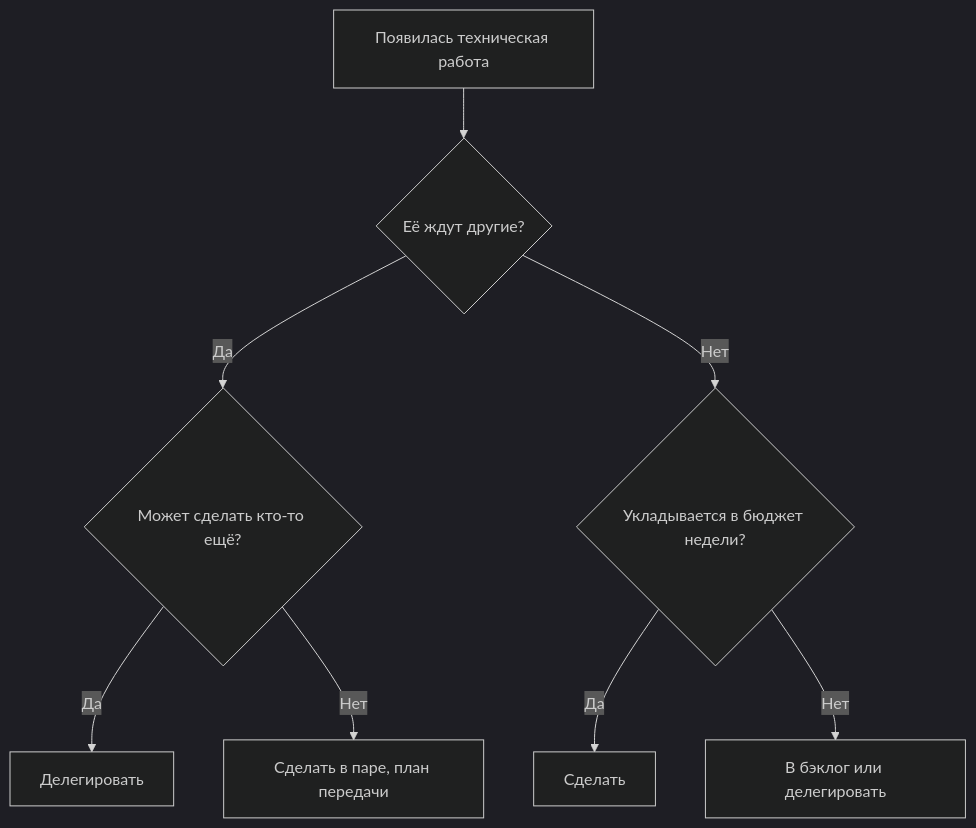
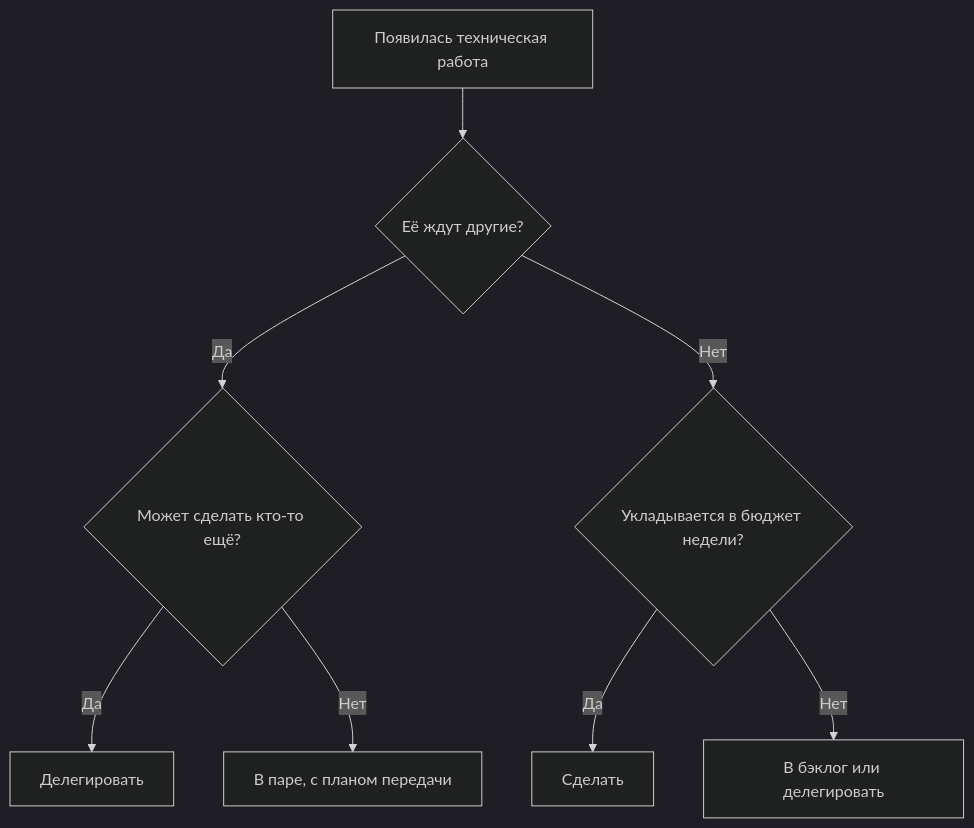
Before and after one commit to XayyamSadigov/engineering-leadership-book: the second of 3 diagrams in docs/parts/01-foundations/02-from-individual-contributor-to-leader.ru.md, drawn with Mermaid (dark theme). The commit also changed other lines of this file and 5 other files, not shown here.

````diff
--- a/docs/parts/01-foundations/02-from-individual-contributor-to-leader.ru.md
+++ b/docs/parts/01-foundations/02-from-individual-contributor-to-leader.ru.md
@@ -319,10 +323,10 @@
 ```mermaid
 flowchart TD
     A["Появилась техническая работа"] --> B{"Её ждут другие?"}
     B -->|Да| C{"Может сделать кто-то ещё?"}
     C -->|Да| C1["Делегировать"]
-    C -->|Нет| C2["Сделать в паре, план передачи"]
+    C -->|Нет| C2["В паре, с планом передачи"]
     B -->|Нет| D{"Укладывается в бюджет недели?"}
     D -->|Да| D1["Сделать"]
     D -->|Нет| D2["В бэклог или делегировать"]
 ```
````
